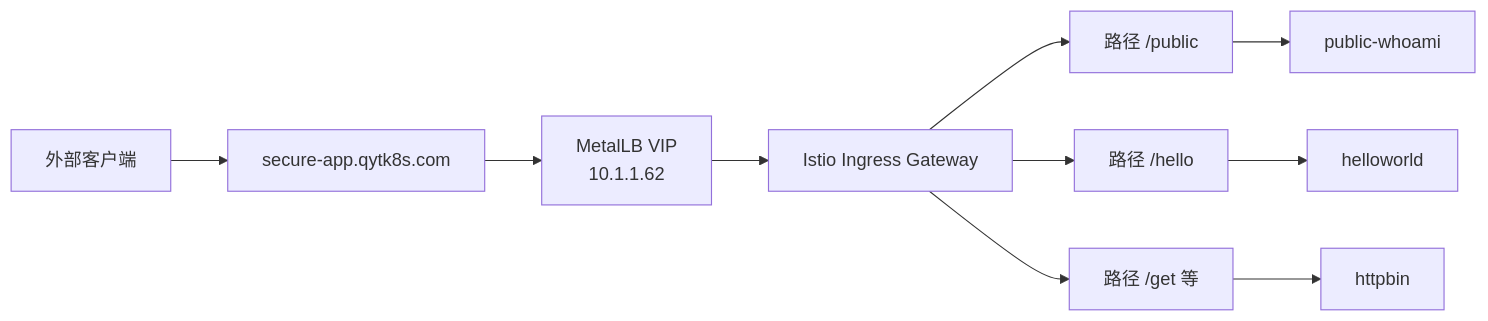
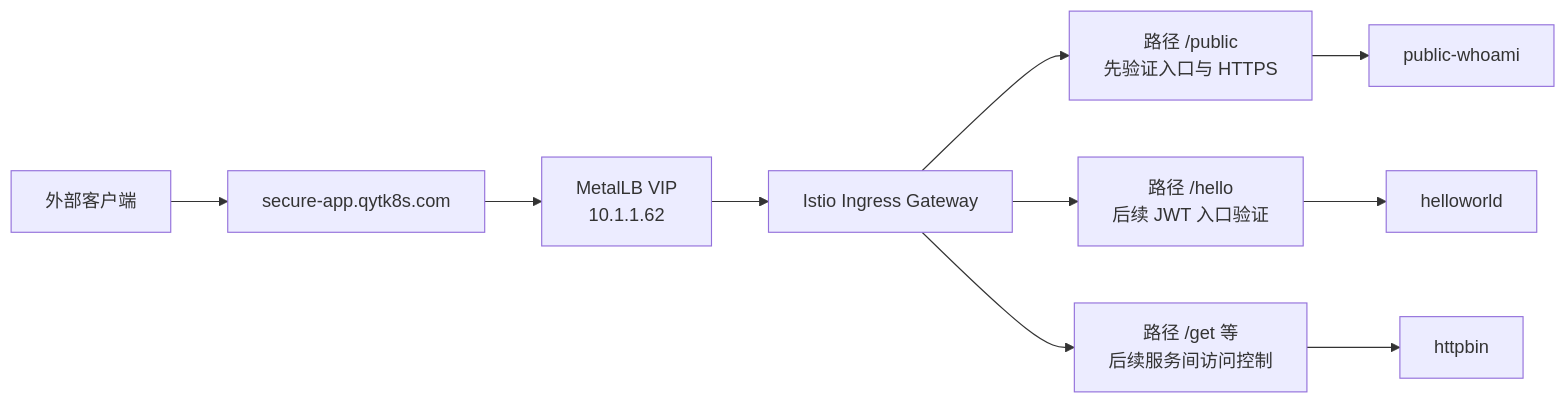
One commit to hwang-protocol/docker_k8s_2026 changed the first of 3 diagrams in k8s/05-security-and-zero-trust/docs/04_publish_istio_ingress.md. Above: the diagram before and after it, drawn with Mermaid. The commit also changed other lines of this file and 1 other file, not shown here.

````diff
--- a/k8s/05-security-and-zero-trust/docs/04_publish_istio_ingress.md
+++ b/k8s/05-security-and-zero-trust/docs/04_publish_istio_ingress.md
@@ -43,14 +43,14 @@
 ```mermaid
 flowchart LR
     user[外部客户端] --> dns[secure-app.qytk8s.com]
     dns --> vip[MetalLB VIP<br/>10.1.1.62]
     vip --> ingress[Istio Ingress Gateway]
 
-    ingress --> publicPath[路径 /public]
-    ingress --> helloPath[路径 /hello]
-    ingress --> httpbinPath[路径 /get 等]
+    ingress --> publicPath[路径 /public<br/>先验证入口与 HTTPS]
+    ingress --> helloPath[路径 /hello<br/>后续 JWT 入口验证]
+    ingress --> httpbinPath[路径 /get 等<br/>后续服务间访问控制]
 
     publicPath --> publicSvc[public-whoami]
     helloPath --> helloSvc[helloworld]
     httpbinPath --> httpbinSvc[httpbin]
 ```
````
